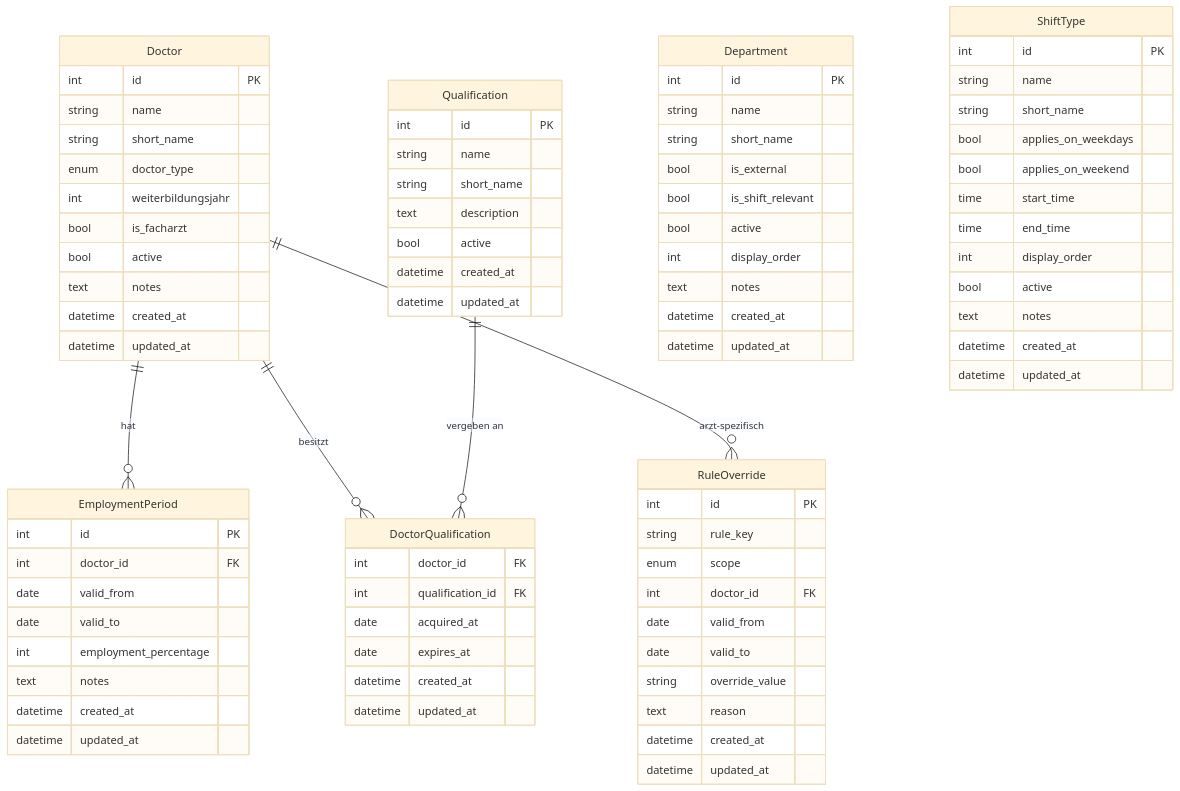
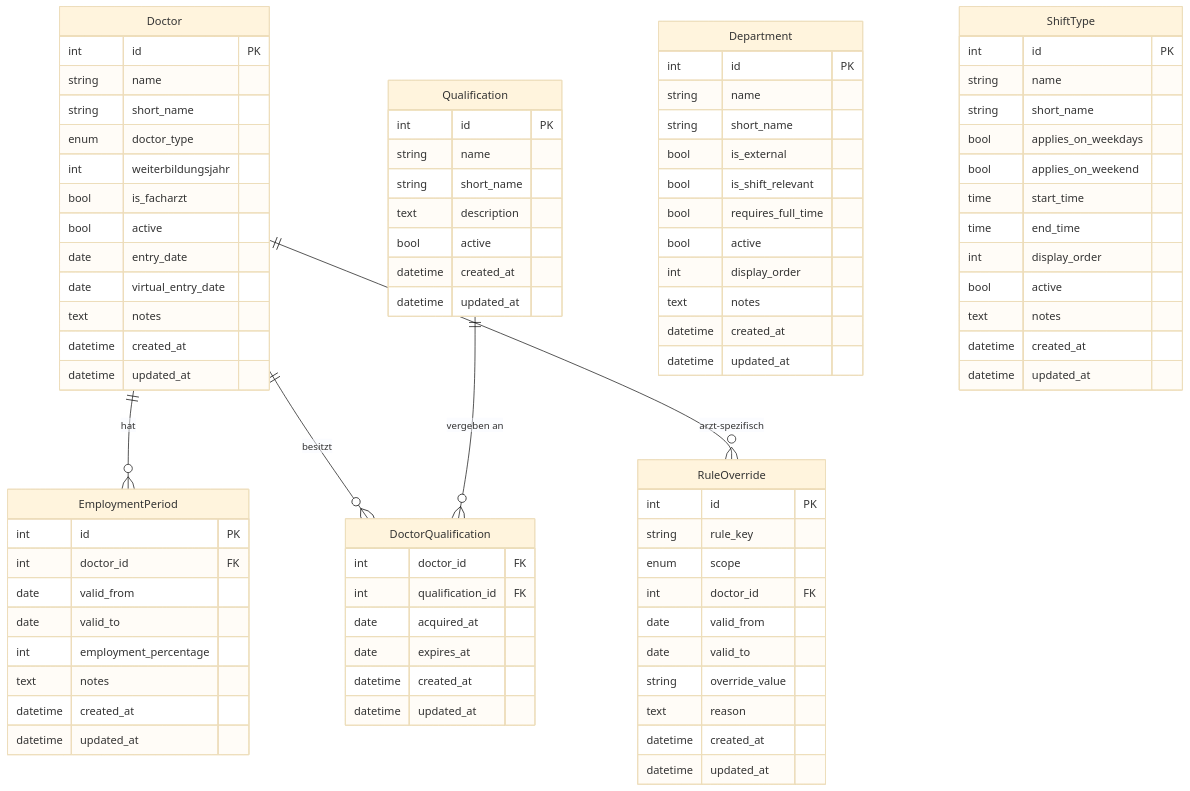
Before and after one commit to xaxas-dev/dienstplaner: the diagram in docs/data-model.md, drawn with Mermaid (base theme). The commit also changed other lines of this file and 34 other files, not shown here.

```diff
--- a/docs/data-model.md
+++ b/docs/data-model.md
@@ -16,6 +16,8 @@
         int weiterbildungsjahr
         bool is_facharzt
         bool active
+        date entry_date
+        date virtual_entry_date
         text notes
         datetime created_at
         datetime updated_at
@@ -57,6 +59,7 @@
         string short_name
         bool is_external
         bool is_shift_relevant
+        bool requires_full_time
         bool active
         int display_order
         text notes
```
